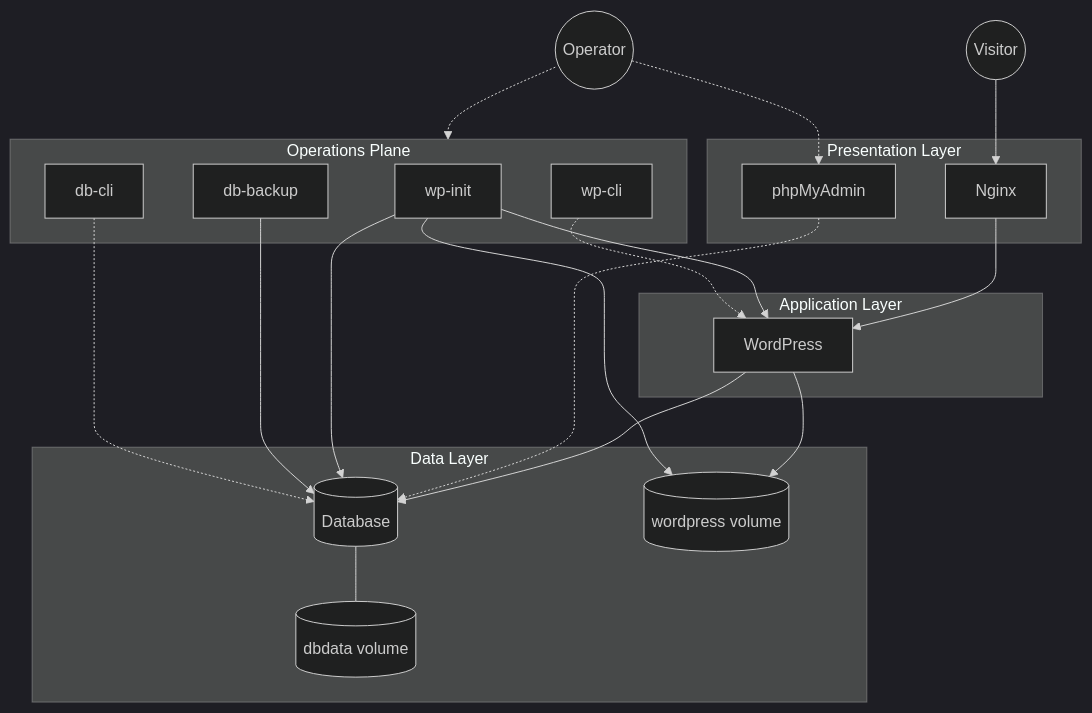
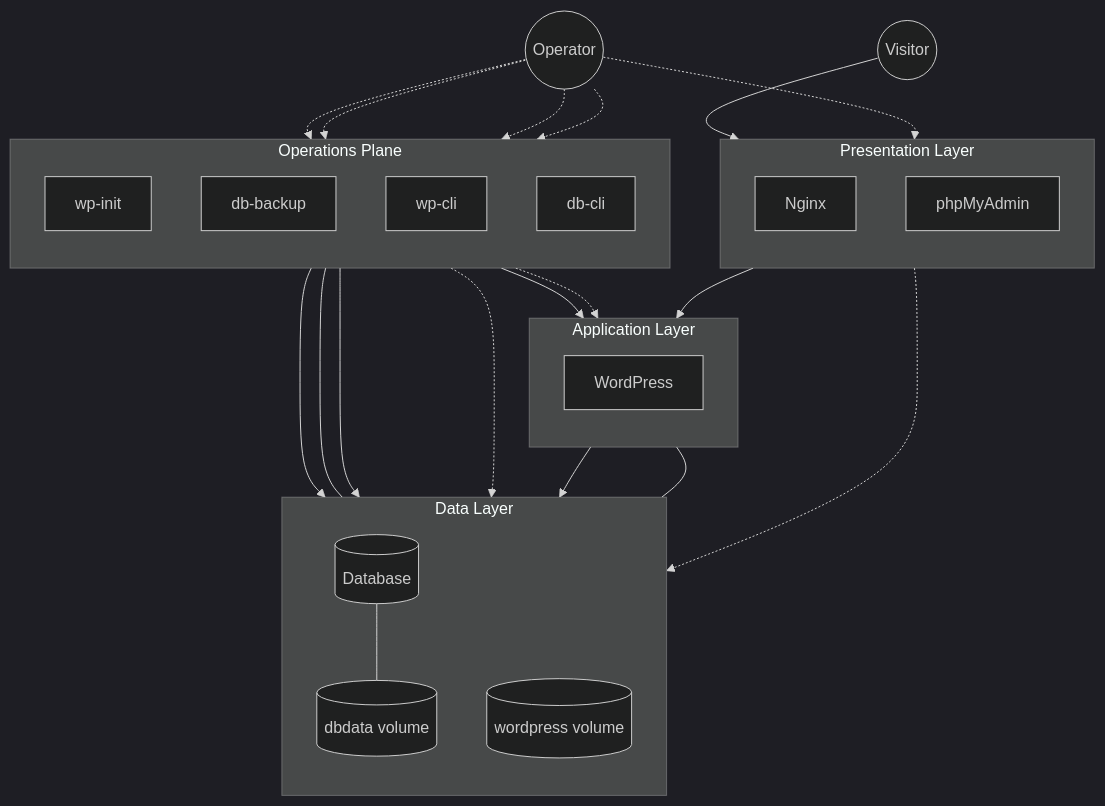
Before and after one commit to taygumus/wp-docker-stack: the diagram in README.md, drawn with Mermaid (dark theme).

````diff
--- a/README.md
+++ b/README.md
@@ -157,55 +157,64 @@
 ```mermaid
 flowchart TB
+    %% Actors
     Visitor((Visitor))
     Operator((Operator))
 
     %% Presentation Layer
     subgraph Edge [Presentation Layer]
+        direction TB
         Nginx[Nginx]
         PMA[phpMyAdmin]
     end
 
     %% Application Layer
     subgraph App [Application Layer]
+        direction TB
         WP[WordPress]
     end
 
     %% Data Layer
     subgraph Data [Data Layer]
+        direction TB
         DB[(Database)]
         V_DB[(dbdata volume)]
         V_WP[(wordpress volume)]
     end
 
     %% Operations Plane
     subgraph Ops [Operations Plane]
+        direction TB
         WP_INIT[wp-init]
         DB_BACKUP[db-backup]
         WP_CLI[wp-cli]
         DB_CLI[db-cli]
     end
 
-    %% User interactions
+    %% Visitor flow (runtime)
     Visitor --> Nginx
-    Operator -.-> Ops
-    Operator -.-> PMA
-
-    %% Runtime flow
     Nginx --> WP
     WP --> DB
+
+    %% Persistence
+    DB --- V_DB
+    WP --- V_WP
 
     %% Presentation dependencies
     PMA -.-> DB
 
-    %% Persistence
-    DB --- V_DB
-    WP --> V_WP
-    WP_INIT --> V_WP
+    %% Operator interactions
+    Operator -.-> PMA
+    Operator -.-> WP_CLI
+    Operator -.-> DB_CLI
+    Operator -.-> WP_INIT
+    Operator -.-> DB_BACKUP
 
     %% Operations interactions
     WP_INIT --> WP
     WP_INIT --> DB
+    WP_INIT --- V_WP
+
     DB_BACKUP --> DB
     WP_CLI -.-> WP
     DB_CLI -.-> DB
 ```
````
